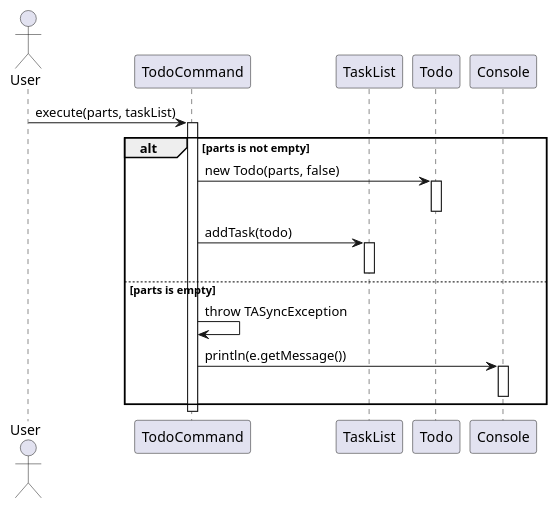
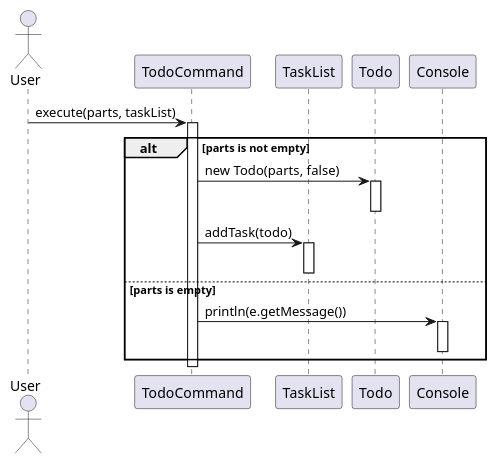
The diagram in docs/diagrams/tasklistcommands/TodoCommandSequenceDiagram.puml (wongyihao02/tp), drawn with PlantUML before and after one commit. The commit also changed 17 other files, not shown here.

Commit message:
Edit errors in task commands sequence diagrams

```diff
--- a/docs/diagrams/tasklistcommands/TodoCommandSequenceDiagram.puml
+++ b/docs/diagrams/tasklistcommands/TodoCommandSequenceDiagram.puml
@@ -1,29 +1,28 @@
 @startuml
 'https://plantuml.com/sequence-diagram
 actor User
 
 
 participant "TodoCommand" as TodoCmd
 participant "TaskList" as TaskList
 participant "Todo" as Todo
 
 User -> TodoCmd : execute(parts, taskList)
 activate TodoCmd
 
 alt parts is not empty
     TodoCmd -> Todo : new Todo(parts, false)
     activate Todo
     deactivate Todo
 
     TodoCmd -> TaskList : addTask(todo)
     activate TaskList
     deactivate TaskList
 else parts is empty
-    TodoCmd -> TodoCmd : throw TASyncException
     TodoCmd -> Console : println(e.getMessage())
     activate Console
     deactivate Console
 end
 
 deactivate TodoCmd
 @enduml
```
